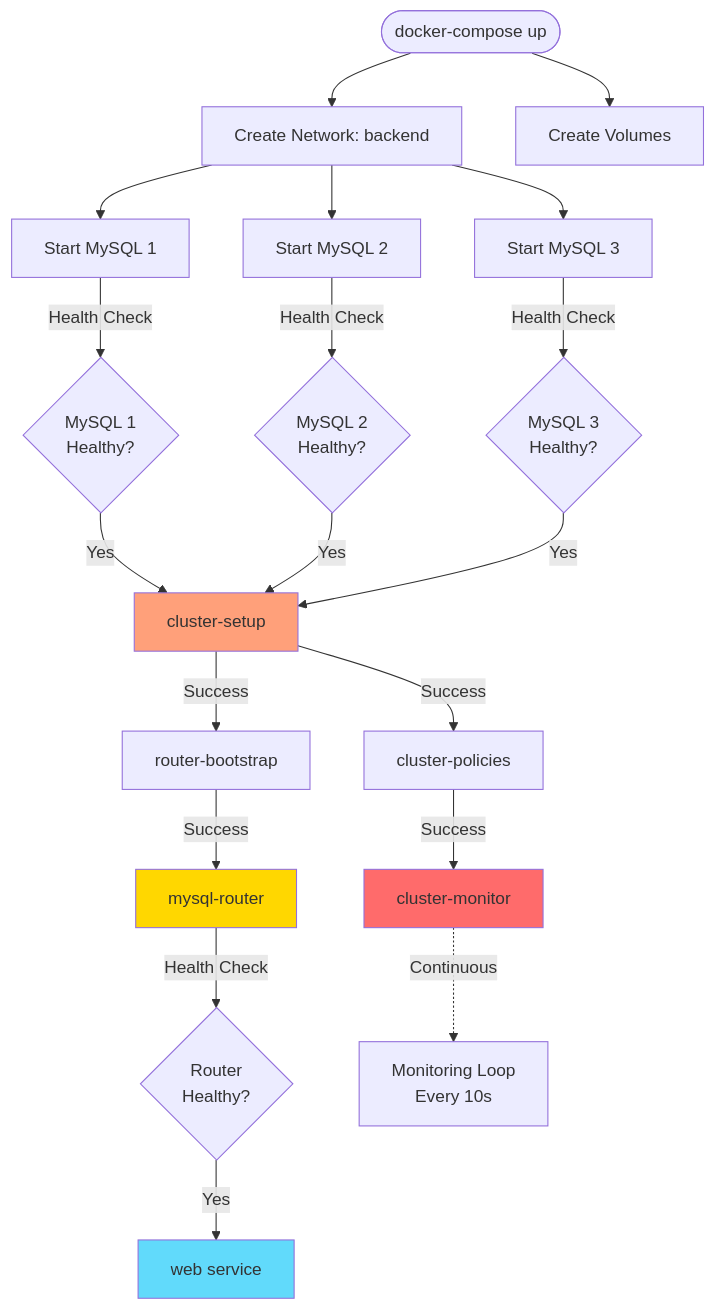
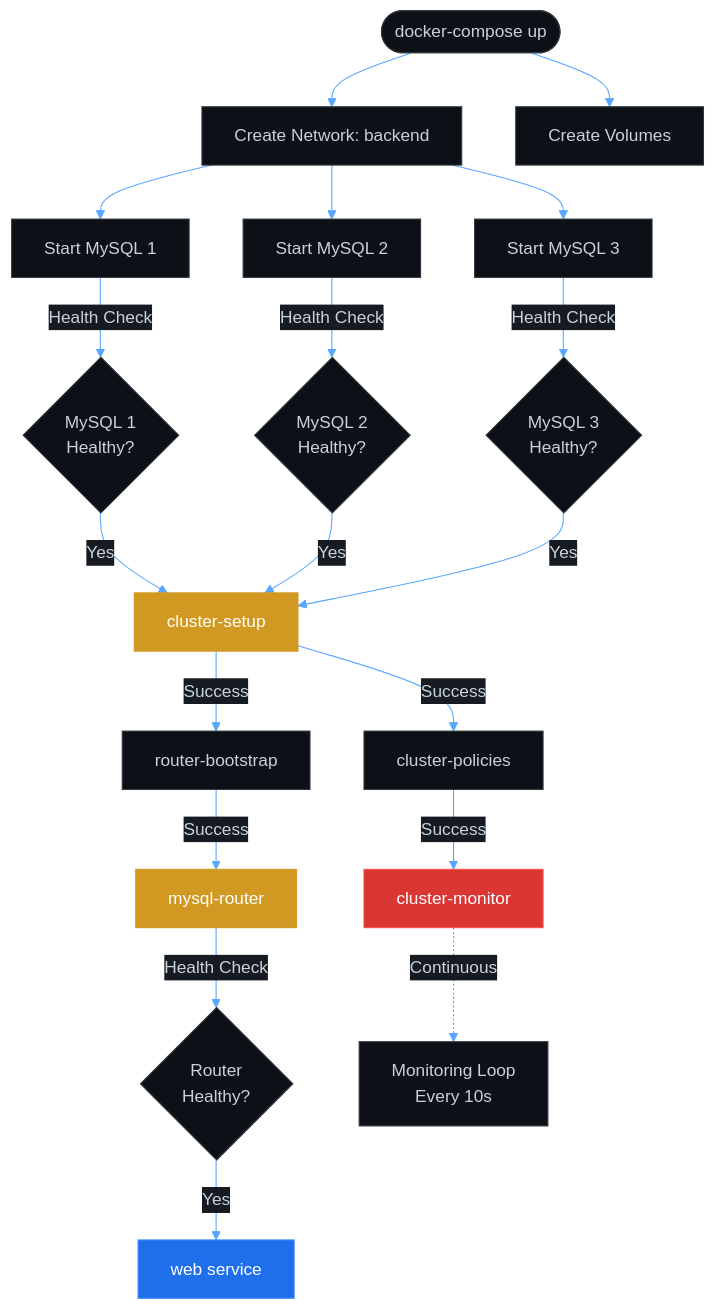
The third of 13 diagrams in docs/ARQUITECTURA.md (JoaquinLoaizaUCSM/sistema-gestion-sobretiempos-ha), drawn with Mermaid before and after one commit. The commit also changed other lines of this file and 2 other files, not shown here.

Commit message:
Docs: Update diagrams for dark mode and refresh README

````diff
--- a/docs/ARQUITECTURA.md
+++ b/docs/ARQUITECTURA.md
@@ -136,35 +138,36 @@
 ```mermaid
+%%{init: {'theme': 'base', 'themeVariables': { 'primaryColor': '#0d1117', 'primaryTextColor': '#c9d1d9', 'primaryBorderColor': '#30363d', 'lineColor': '#58a6ff', 'secondaryColor': '#161b22', 'tertiaryColor': '#161b22', 'mainBkg': '#0d1117', 'nodeBorder': '#30363d', 'clusterBkg': '#161b22', 'clusterBorder': '#30363d', 'defaultLinkColor': '#58a6ff', 'fontFamily': 'arial', 'fontSize': '16px'}}}%%
 graph TD
     START([docker-compose up])
     
     START --> NETWORK[Create Network: backend]
     START --> VOLUMES[Create Volumes]
     
     NETWORK --> M1[Start MySQL 1]
     NETWORK --> M2[Start MySQL 2]
     NETWORK --> M3[Start MySQL 3]
     
     M1 -->|Health Check| M1H{MySQL 1<br/>Healthy?}
     M2 -->|Health Check| M2H{MySQL 2<br/>Healthy?}
     M3 -->|Health Check| M3H{MySQL 3<br/>Healthy?}
     
     M1H -->|Yes| SETUP[cluster-setup]
     M2H -->|Yes| SETUP
     M3H -->|Yes| SETUP
     
     SETUP -->|Success| BOOTSTRAP[router-bootstrap]
     SETUP -->|Success| POLICIES[cluster-policies]
     
     BOOTSTRAP -->|Success| ROUTER[mysql-router]
     POLICIES -->|Success| MONITOR[cluster-monitor]
     
     ROUTER -->|Health Check| RH{Router<br/>Healthy?}
     RH -->|Yes| WEB[web service]
     
     MONITOR -.->|Continuous| WATCH[Monitoring Loop<br/>Every 10s]
     
-    style SETUP fill:#FFA07A
-    style MONITOR fill:#FF6B6B
-    style ROUTER fill:#FFD700
-    style WEB fill:#61DAFB
+    style SETUP fill:#d29922,stroke:#d29922,color:#ffffff
+    style MONITOR fill:#da3633,stroke:#f85149,color:#ffffff
+    style ROUTER fill:#d29922,stroke:#d29922,color:#ffffff
+    style WEB fill:#1f6feb,stroke:#388bfd,color:#ffffff
 ```
````
